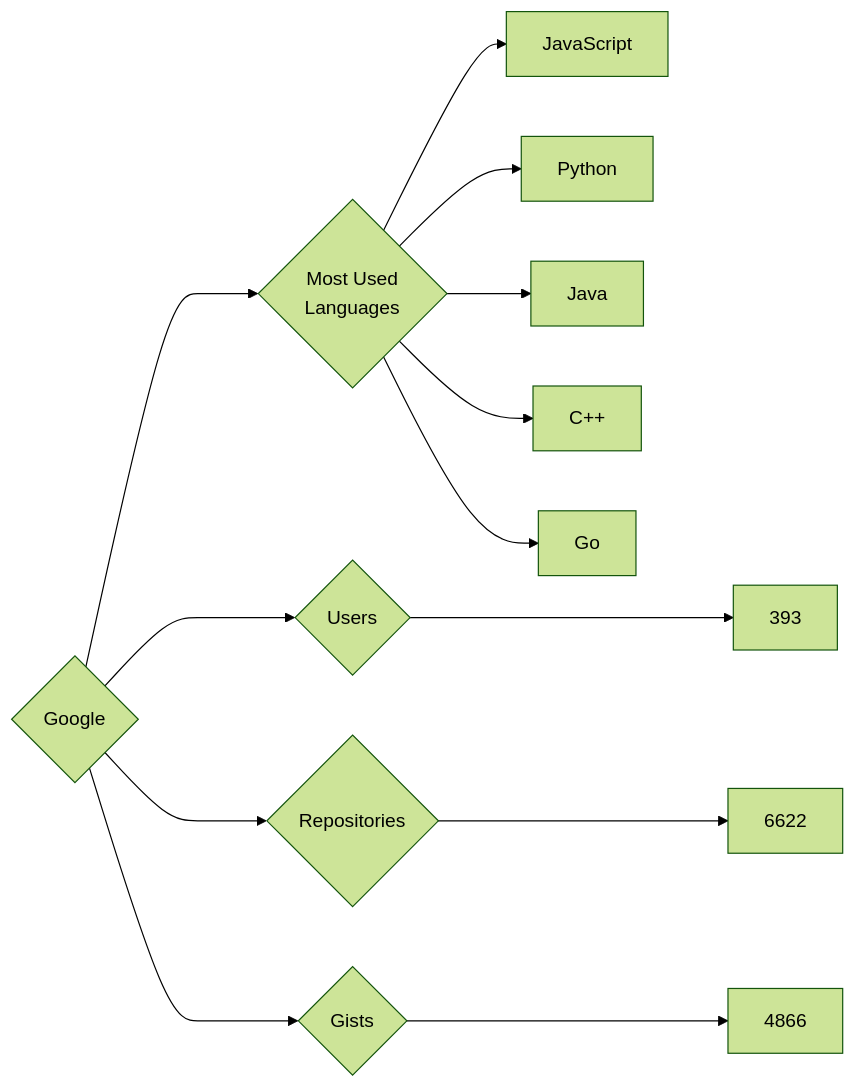
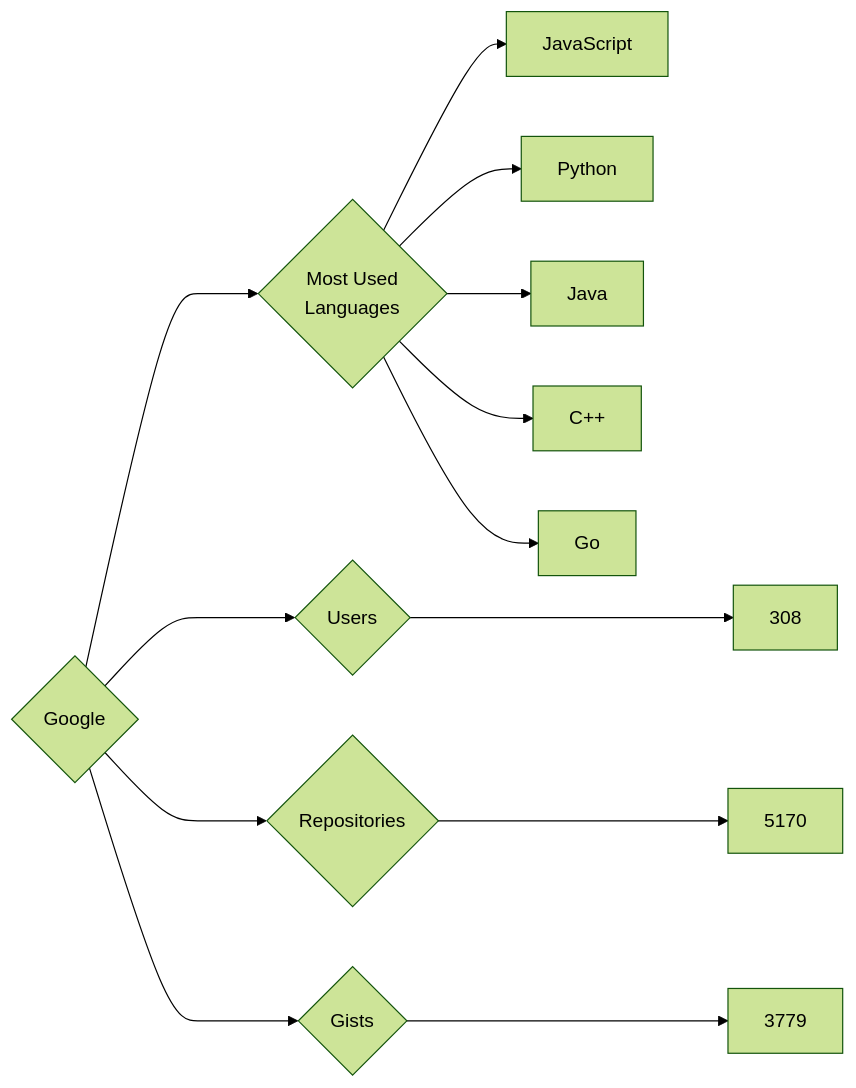
One commit to trickest/insiders changed the diagram in targets/Google/README.md. Above: the diagram before and after it, drawn with Mermaid (forest theme). The commit also changed 924 other files, not shown here.

````diff
--- a/targets/Google/README.md
+++ b/targets/Google/README.md
@@ -3,13 +3,13 @@
 ```mermaid
 graph LR
 COMPANY_NAME{Google}
-COMPANY_NAME ---> U{Users} ---> UN[393]
-COMPANY_NAME ---> R{Repositories} ---> RN[6622]
-COMPANY_NAME ---> G{Gists} ---> GN[4866]
+COMPANY_NAME ---> U{Users} ---> UN[308]
+COMPANY_NAME ---> R{Repositories} ---> RN[5170]
+COMPANY_NAME ---> G{Gists} ---> GN[3779]
 COMPANY_NAME ---> ML{Most Used<br>Languages}
 ML --> JavaScript[JavaScript]
 ML --> Python[Python]
 ML --> Java[Java]
 ML --> C++[C++]
 ML --> Go[Go]
 ```
````
